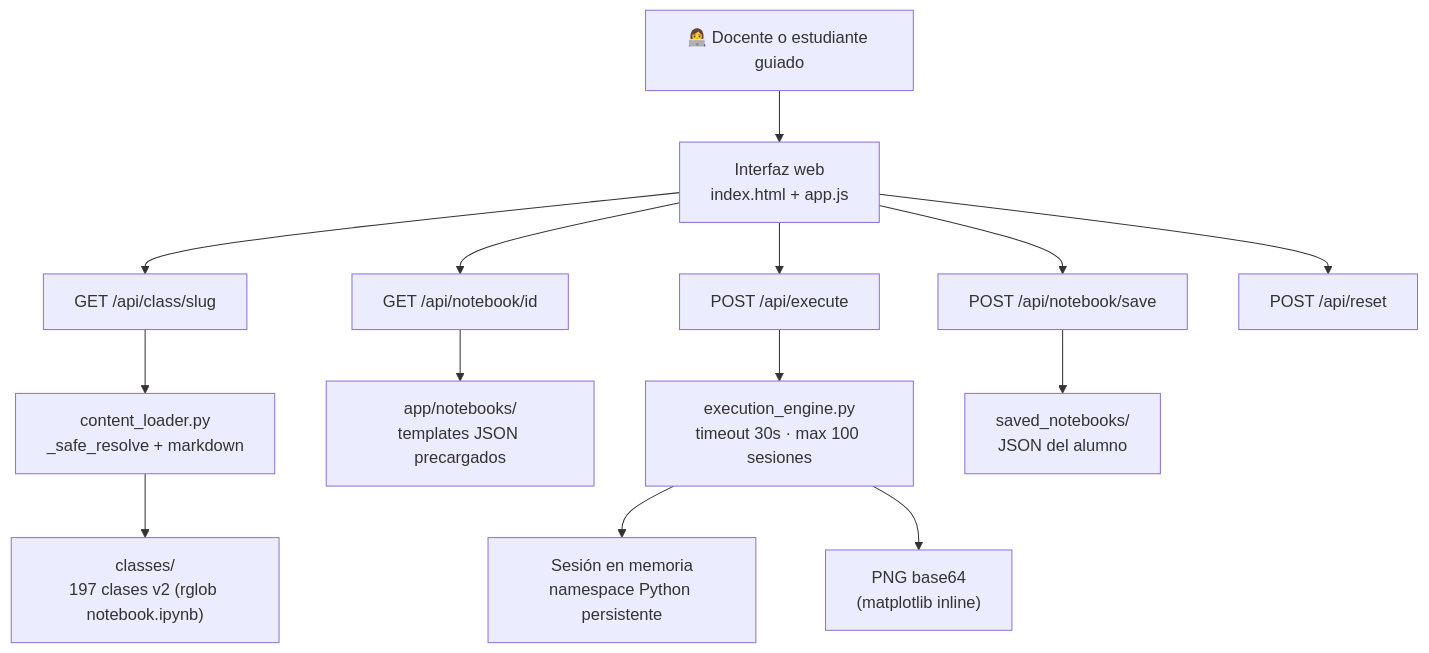
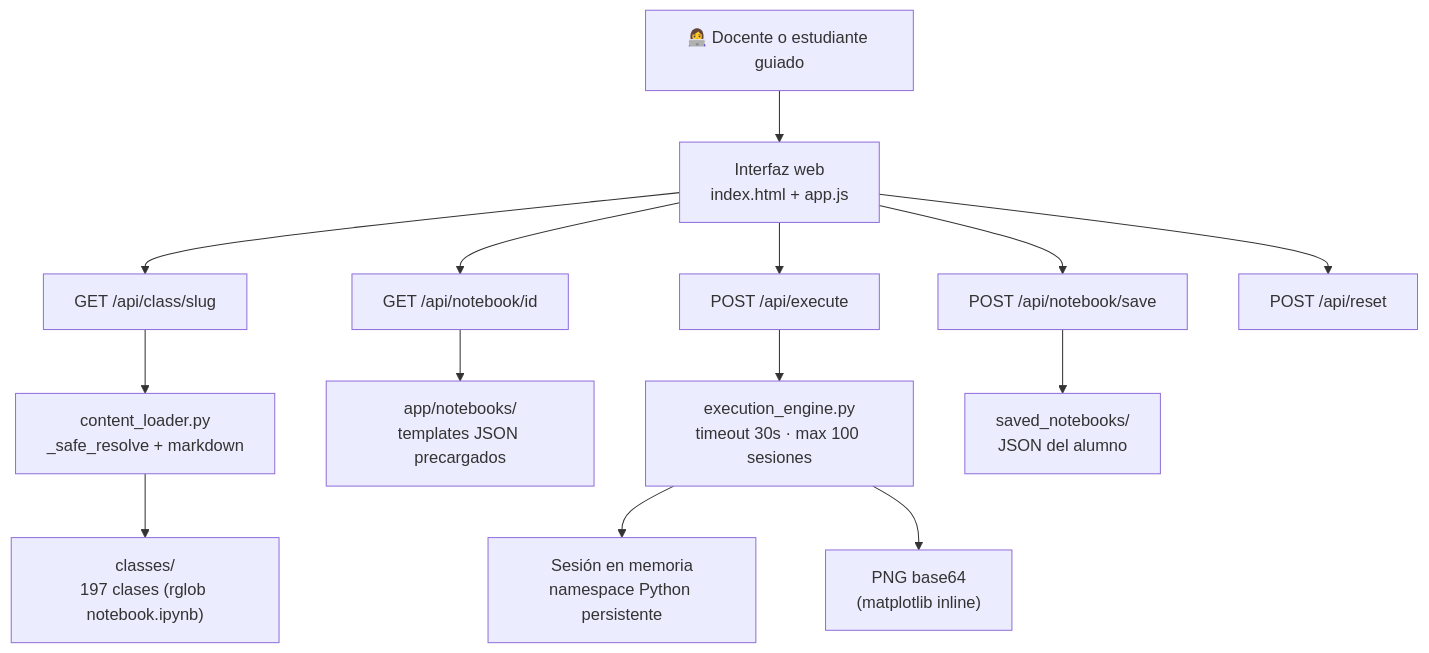
One commit to vladimiracunadev-create/python-data-science-bootcamp changed the second of 4 diagrams in docs/ARQUITECTURA_PRODUCTO.md. Above: the diagram before and after it, drawn with Mermaid. The commit also changed other lines of this file and 22 other files, not shown here.

````diff
--- a/docs/ARQUITECTURA_PRODUCTO.md
+++ b/docs/ARQUITECTURA_PRODUCTO.md
@@ -45,17 +44,17 @@
 ```mermaid
 graph TD
     USER["👩‍💻 Docente o estudiante guiado"] --> UI["Interfaz web\nindex.html + app.js"]
     UI --> CLASSAPI["GET /api/class/slug"]
     UI --> NBAPI["GET /api/notebook/id"]
     UI --> EXECAPI["POST /api/execute"]
     UI --> SAVEAPI["POST /api/notebook/save"]
     UI --> RESETAPI["POST /api/reset"]
 
     CLASSAPI --> LOADER["content_loader.py\n_safe_resolve + markdown"]
-    LOADER --> CLASSES["classes/\n197 clases v2 (rglob notebook.ipynb)"]
+    LOADER --> CLASSES["classes/\n197 clases (rglob notebook.ipynb)"]
     NBAPI --> TEMPLATES["app/notebooks/\ntemplates JSON precargados"]
     EXECAPI --> ENGINE["execution_engine.py\ntimeout 30s · max 100 sesiones"]
     ENGINE --> SESSION["Sesión en memoria\nnamespace Python persistente"]
     ENGINE --> FIGS["PNG base64\n(matplotlib inline)"]
     SAVEAPI --> SAVED["saved_notebooks/\nJSON del alumno"]
 ```
````
